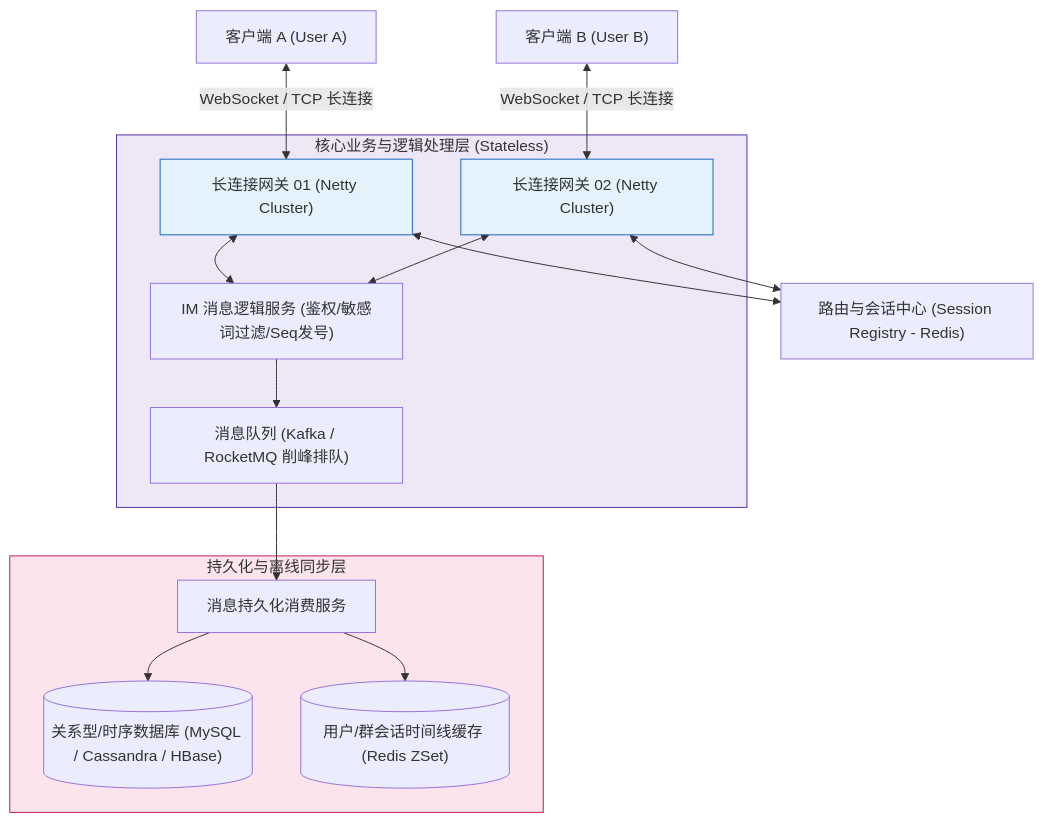
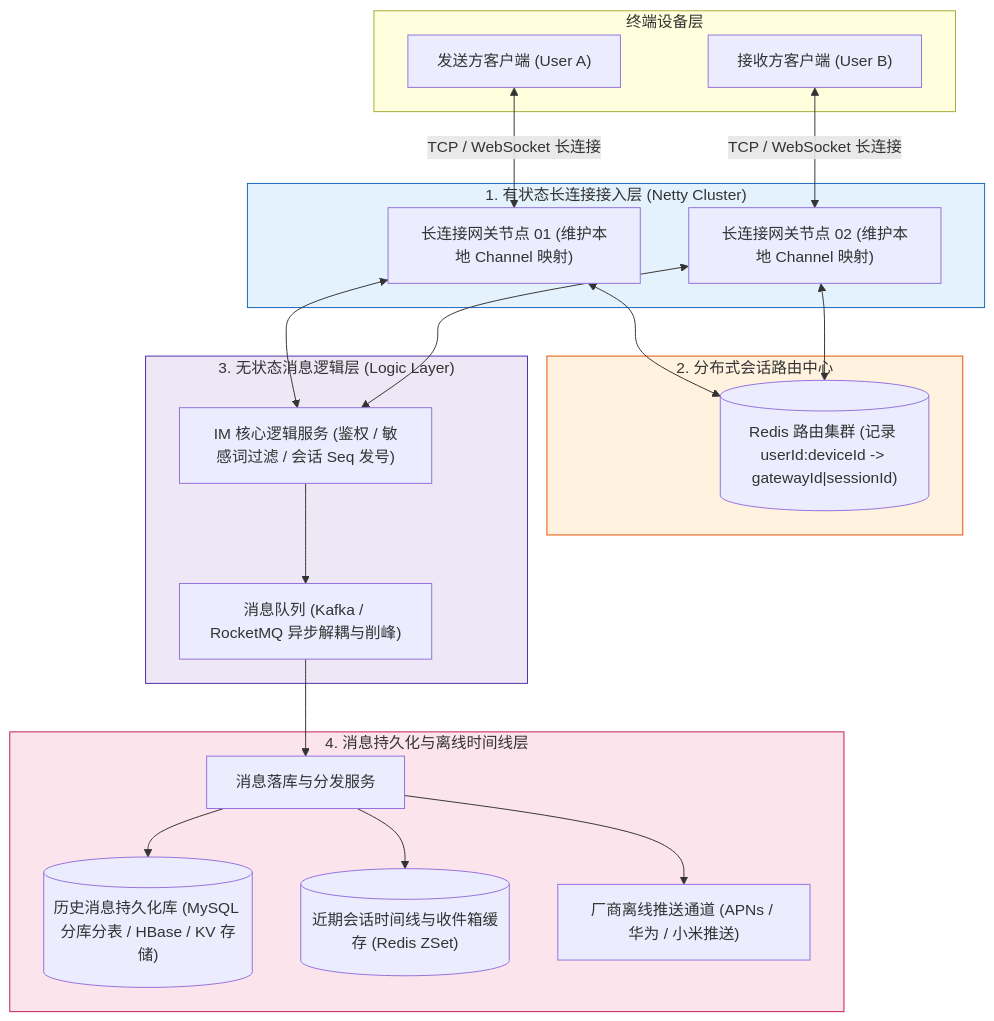
The first of 3 diagrams in 20-Java后端/08-系统设计/06-即时通讯系统设计.md (GuoWWWX/knowledge-base), drawn with Mermaid before and after one commit. The commit also changed other lines of this file and 251 other files, not shown here.

````diff
--- a/20-Java后端/08-系统设计/06-即时通讯系统设计.md
+++ b/20-Java后端/08-系统设计/06-即时通讯系统设计.md
@@ -69,23 +39,46 @@
 ```mermaid
 flowchart TD
-    ClientA["客户端 A (User A)"] <-->|"WebSocket / TCP 长连接"| Gateway1["长连接网关 01 (Netty Cluster)"]
-    ClientB["客户端 B (User B)"] <-->|"WebSocket / TCP 长连接"| Gateway2["长连接网关 02 (Netty Cluster)"]
-
-    Gateway1 & Gateway2 <--> Router["路由与会话中心 (Session Registry - Redis)"]
-
-    subgraph CoreBackend["核心业务与逻辑处理层 (Stateless)"]
-        Gateway1 & Gateway2 <--> LogicSvc["IM 消息逻辑服务 (鉴权/敏感词过滤/Seq发号)"]
-        LogicSvc --> MQ["消息队列 (Kafka / RocketMQ 削峰排队)"]
+    subgraph Clients["终端设备层"]
+        ClientA["发送方客户端 (User A)"]
+        ClientB["接收方客户端 (User B)"]
     end
 
-    subgraph Storage["持久化与离线同步层"]
-        MQ --> MsgWriter["消息持久化消费服务"]
-        MsgWriter --> DB[("关系型/时序数据库 (MySQL / Cassandra / HBase)")]
-        MsgWriter --> TimelineCache[("用户/群会话时间线缓存 (Redis ZSet)")]
+    subgraph Gateways["1. 有状态长连接接入层 (Netty Cluster)"]
+        GW1["长连接网关节点 01 (维护本地 Channel 映射)"]
+        GW2["长连接网关节点 02 (维护本地 Channel 映射)"]
     end
 
-    style Gateway1 fill:#e3f2fd,stroke:#1565c0,stroke-width:1px
-    style Gateway2 fill:#e3f2fd,stroke:#1565c0,stroke-width:1px
-    style CoreBackend fill:#ede7f6,stroke:#512da8,stroke-width:1px
+    ClientA <-->|"TCP / WebSocket 长连接"| GW1
+    ClientB <-->|"TCP / WebSocket 长连接"| GW2
+
+    subgraph Registry["2. 分布式会话路由中心"]
+        Router[("Redis 路由集群 (记录 userId:deviceId -> gatewayId|sessionId)")]
+    end
+
+    GW1 & GW2 <--> Router
+
+    subgraph CoreLogic["3. 无状态消息逻辑层 (Logic Layer)"]
+        LogicSvc["IM 核心逻辑服务 (鉴权 / 敏感词过滤 / 会话 Seq 发号)"]
+        MQ["消息队列 (Kafka / RocketMQ 异步解耦与削峰)"]
+        LogicSvc --> MQ
+    end
+
+    GW1 & GW2 <--> LogicSvc
+
+    subgraph Storage["4. 消息持久化与离线时间线层"]
+        MsgWriter["消息落库与分发服务"]
+        DB[("历史消息持久化库 (MySQL 分库分表 / HBase / KV 存储)")]
+        Timeline[("近期会话时间线与收件箱缓存 (Redis ZSet)")]
+        PushSvc["厂商离线推送通道 (APNs / 华为 / 小米推送)"]
+
+        MQ --> MsgWriter
+        MsgWriter --> DB
+        MsgWriter --> Timeline
+        MsgWriter --> PushSvc
+    end
+
+    style Gateways fill:#e3f2fd,stroke:#1565c0,stroke-width:1px
+    style Registry fill:#fff3e0,stroke:#e65100,stroke-width:1px
+    style CoreLogic fill:#ede7f6,stroke:#512da8,stroke-width:1px
     style Storage fill:#fce4ec,stroke:#c2185b,stroke-width:1px
 ```
````
